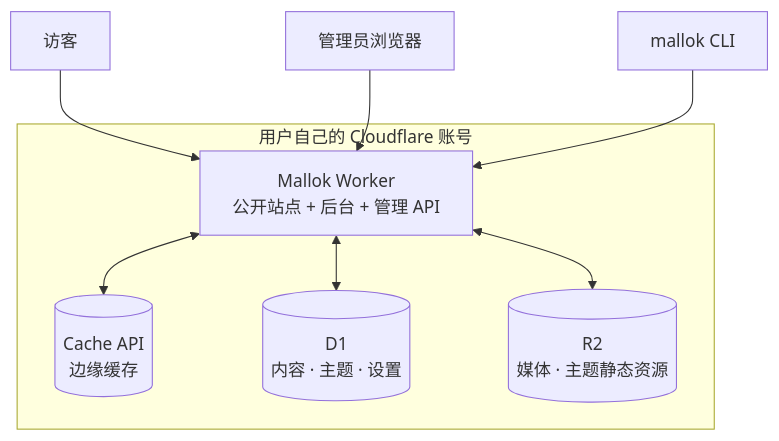
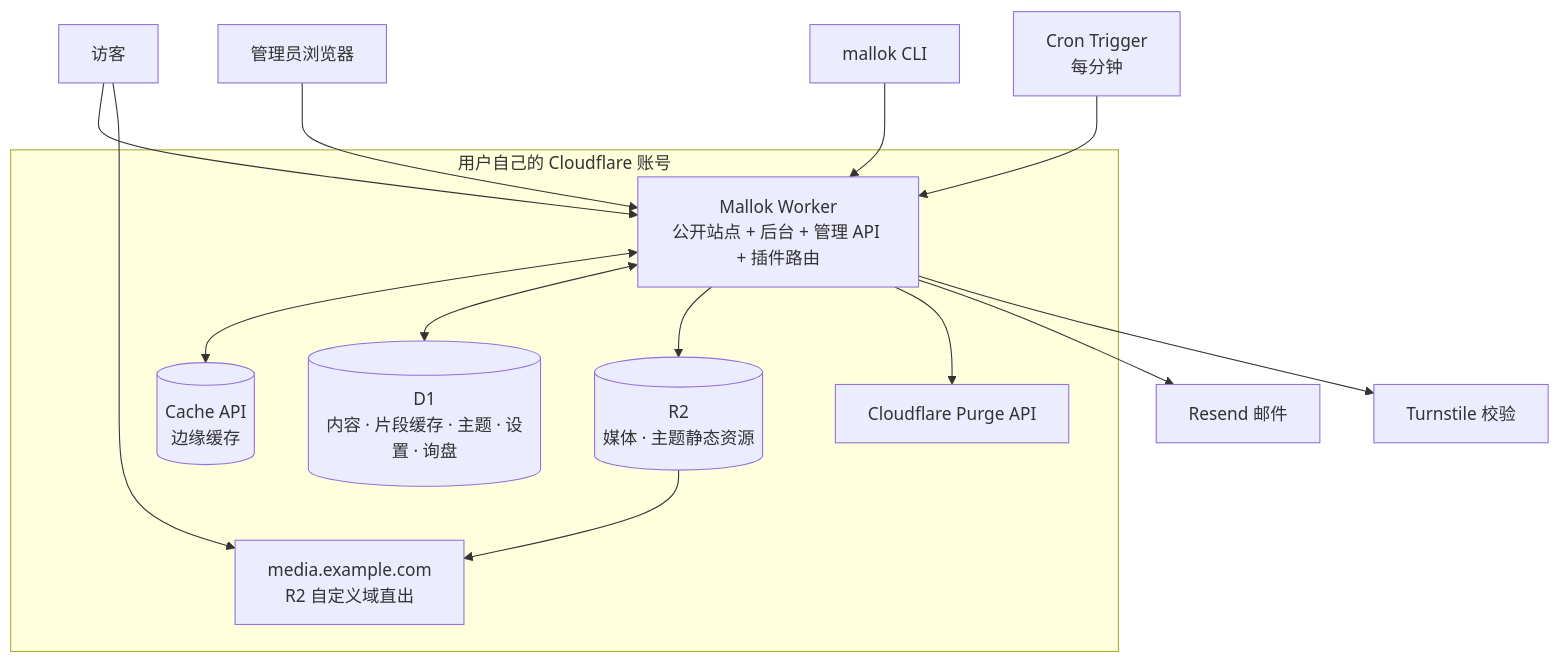
Before and after one commit to fobstack/mallok: the diagram in docs/ARCHITECTURE.md, drawn with Mermaid. The commit also changed other lines of this file and 290 other files, not shown here.

````diff
--- a/docs/ARCHITECTURE.md
+++ b/docs/ARCHITECTURE.md
@@ -35,13 +44,19 @@
 ```mermaid
 flowchart TB
   Visitor[访客] --> Worker
+  Visitor --> R2Domain[media.example.com<br/>R2 自定义域直出]
   Admin[管理员浏览器] --> Worker
   CLI[mallok CLI] --> Worker
+  Cron[Cron Trigger<br/>每分钟] --> Worker
 
   subgraph CF["用户自己的 Cloudflare 账号"]
-    Worker["Mallok Worker<br/>公开站点 + 后台 + 管理 API"]
+    Worker["Mallok Worker<br/>公开站点 + 后台 + 管理 API + 插件路由"]
     Worker <--> Cache[(Cache API<br/>边缘缓存)]
-    Worker <--> D1[(D1<br/>内容 · 主题 · 设置)]
-    Worker <--> R2[(R2<br/>媒体 · 主题静态资源)]
+    Worker <--> D1[(D1<br/>内容 · 片段缓存 · 主题 · 设置 · 询盘)]
+    Worker --> R2[(R2<br/>媒体 · 主题静态资源)]
+    R2 --> R2Domain
+    Worker --> Purge[Cloudflare Purge API]
   end
+  Worker --> Resend[Resend 邮件]
+  Worker --> Turnstile[Turnstile 校验]
 ```
````
